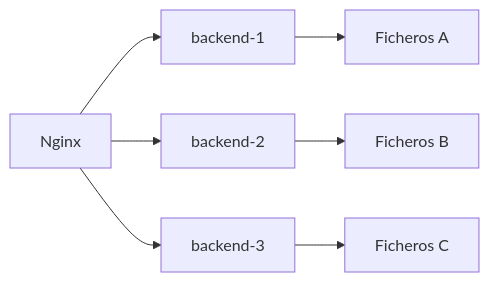
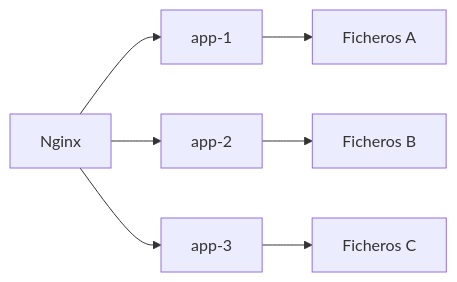
One commit to alejandroroig/despliegue-daw changed the second of 3 diagrams in docs/tema3/proxy-inverso-balanceo.md. Above: the diagram before and after it, drawn with Mermaid. The commit also changed other lines of this file and 21 other files, not shown here.

````diff
--- a/docs/tema3/proxy-inverso-balanceo.md
+++ b/docs/tema3/proxy-inverso-balanceo.md
@@ -275,10 +276,10 @@
 ```mermaid
 flowchart LR
-    N["Nginx"] --> A1["backend-1"]
-    N --> A2["backend-2"]
-    N --> A3["backend-3"]
+    N["Nginx"] --> A1["app-1"]
+    N --> A2["app-2"]
+    N --> A3["app-3"]
 
     A1 --> F1["Ficheros A"]
     A2 --> F2["Ficheros B"]
     A3 --> F3["Ficheros C"]
 ```
````
